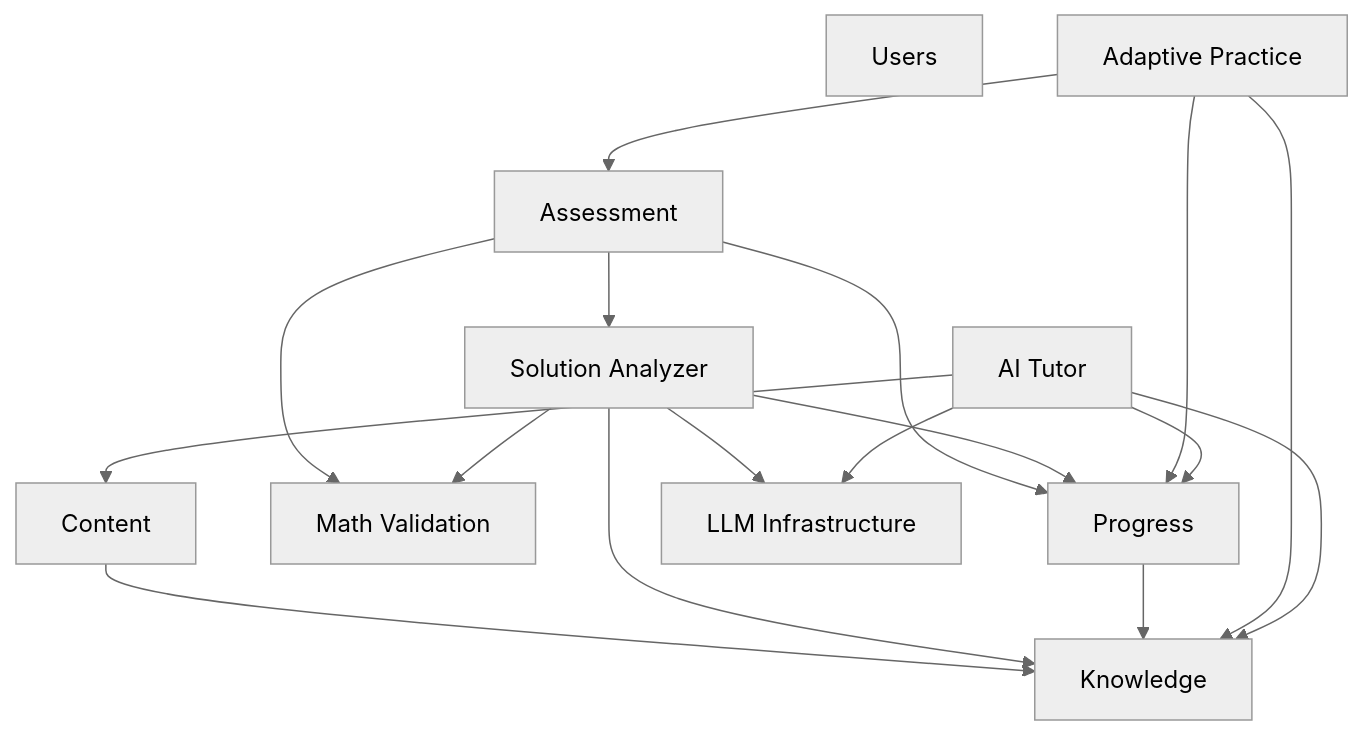
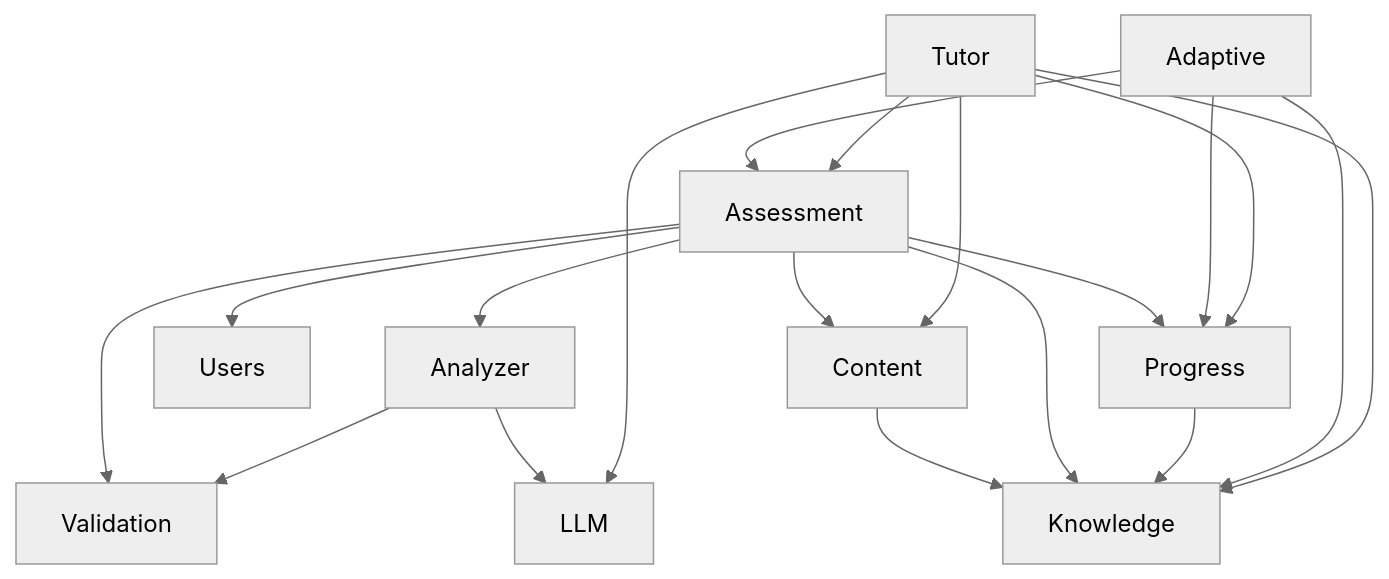
One commit to Tramsey00/MathStart-Python changed the second of 2 diagrams in ARCHITECTURE.md. Above: the diagram before and after it, drawn with Mermaid (neutral theme). The commit also changed other lines of this file and 111 other files, not shown here.

````diff
--- a/ARCHITECTURE.md
+++ b/ARCHITECTURE.md
@@ -128,30 +191,21 @@
 ```mermaid
 flowchart TB
-    Users[Users]
-    Content[Content]
-    Knowledge[Knowledge]
-    Assessment[Assessment]
-    Validation[Math Validation]
-    Analyzer[Solution Analyzer]
-    Progress[Progress]
-    Adaptive[Adaptive Practice]
-    Tutor[AI Tutor]
-    LLMInfra[LLM Infrastructure]
-
     Content --> Knowledge
+    Assessment --> Users
+    Assessment --> Content
+    Assessment --> Knowledge
     Assessment --> Validation
     Assessment --> Analyzer
     Assessment --> Progress
     Analyzer --> Validation
-    Analyzer --> LLMInfra
-    Analyzer --> Knowledge
-    Analyzer --> Progress
+    Analyzer --> LLM
     Progress --> Knowledge
     Adaptive --> Progress
     Adaptive --> Knowledge
     Adaptive --> Assessment
     Tutor --> Content
+    Tutor --> Knowledge
     Tutor --> Progress
-    Tutor --> Knowledge
-    Tutor --> LLMInfra
+    Tutor --> Assessment
+    Tutor --> LLM
 ```
````
